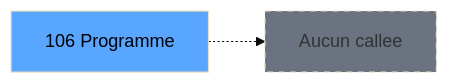
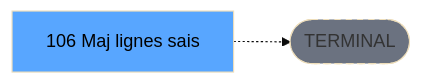
One commit to thonyAGP/lecteur-magic changed the third of 3 diagrams in .openspec/specs/ADH-IDE-106.md. Above: the diagram before and after it, drawn with Mermaid (base theme). The commit also changed other lines of this file and 701 other files, not shown here.

````diff
--- a/.openspec/specs/ADH-IDE-106.md
+++ b/.openspec/specs/ADH-IDE-106.md
@@ -153,8 +137,8 @@
 ```mermaid
 graph LR
-    T[106 Programme]
-    NONE[Aucun callee]
-    T -.-> NONE
+    T[106 Maj lignes sais]
+    TERM([TERMINAL])
+    T -.-> TERM
+    style TERM fill:#6b7280,stroke-dasharray: 5 5
     style T fill:#58a6ff,color:#000
-    style NONE fill:#6b7280,stroke-dasharray: 5 5
 ```
````
